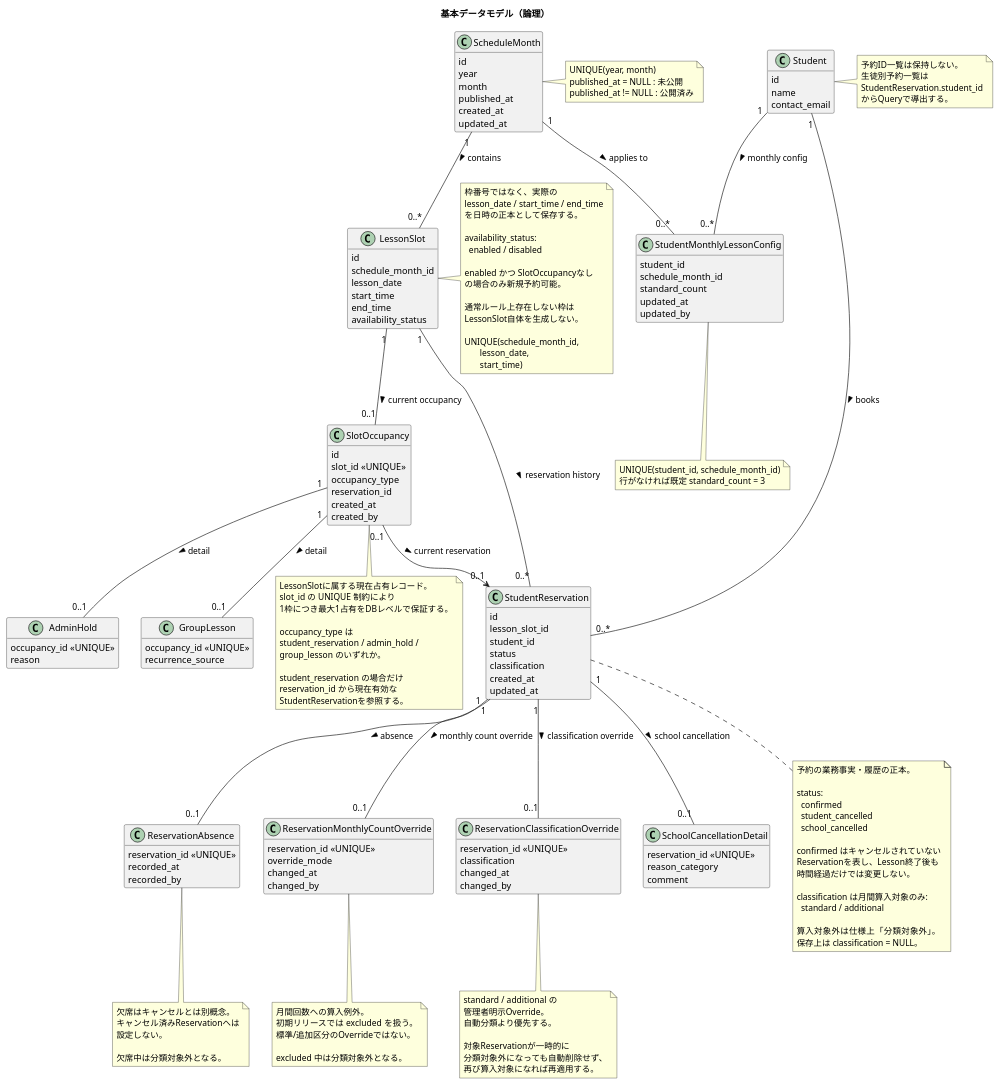
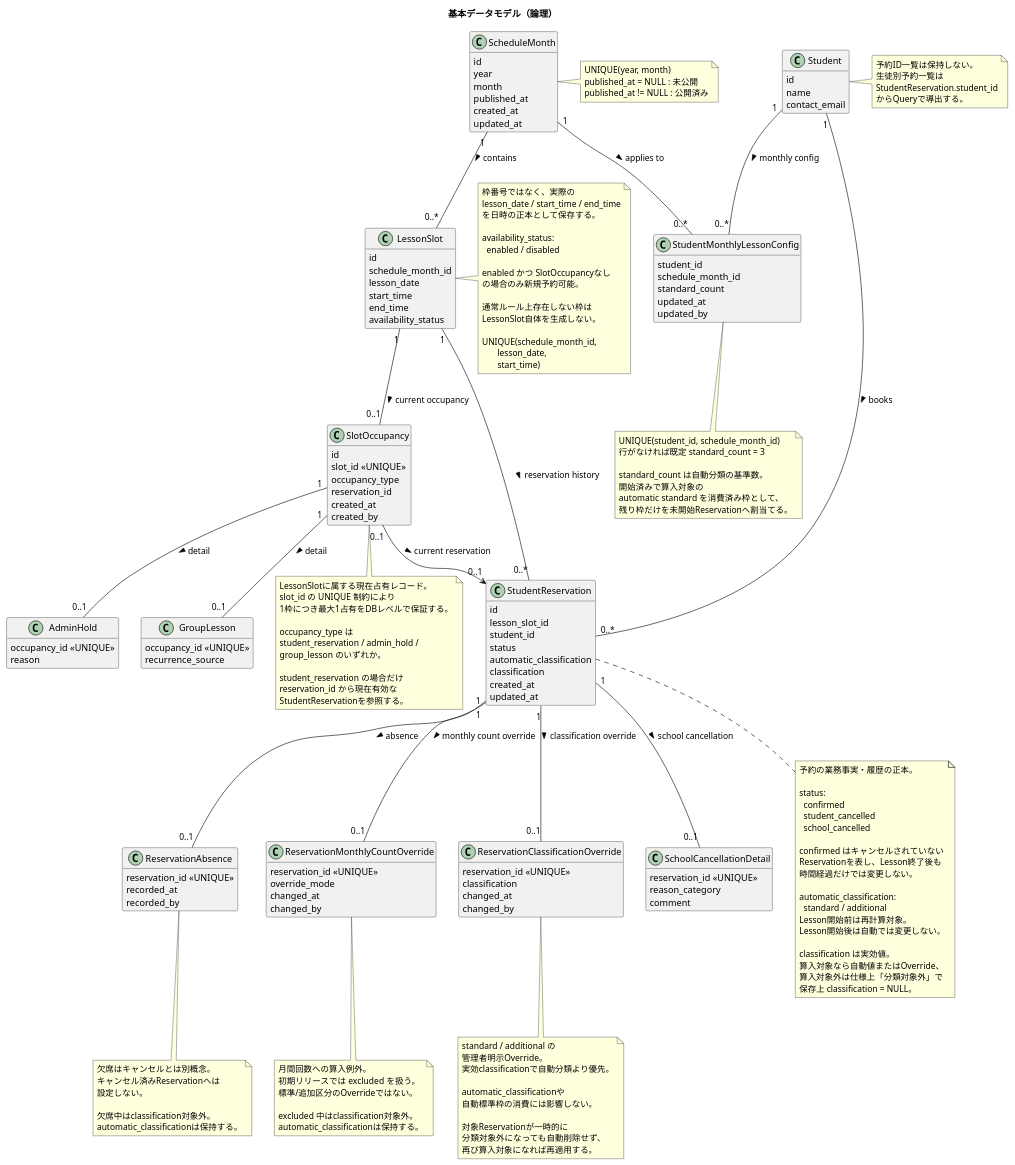
The diagram in docs/diagrams/plantuml/data-model-overview.puml (suzukure/nssscdl), drawn with PlantUML before and after one commit.

Commit message:
Show automatic classification in logical model

```diff
--- a/docs/diagrams/plantuml/data-model-overview.puml
+++ b/docs/diagrams/plantuml/data-model-overview.puml
@@ -34,6 +34,7 @@
   lesson_slot_id
   student_id
   status
+  automatic_classification
   classification
   created_at
   updated_at
@@ -152,11 +153,15 @@
   Reservationを表し、Lesson終了後も
   時間経過だけでは変更しない。
 
-  classification は月間算入対象のみ:
+  automatic_classification:
     standard / additional
+  Lesson開始前は再計算対象。
+  Lesson開始後は自動では変更しない。
 
-  算入対象外は仕様上「分類対象外」。
-  保存上は classification = NULL。
+  classification は実効値。
+  算入対象なら自動値またはOverride、
+  算入対象外は仕様上「分類対象外」で
+  保存上 classification = NULL。
 end note
 
 note bottom of ReservationAbsence
@@ -164,7 +169,8 @@
   キャンセル済みReservationへは
   設定しない。
 
-  欠席中は分類対象外となる。
+  欠席中はclassification対象外。
+  automatic_classificationは保持する。
 end note
 
 note bottom of ReservationMonthlyCountOverride
@@ -172,13 +178,17 @@
   初期リリースでは excluded を扱う。
   標準/追加区分のOverrideではない。
 
-  excluded 中は分類対象外となる。
+  excluded 中はclassification対象外。
+  automatic_classificationは保持する。
 end note
 
 note bottom of ReservationClassificationOverride
   standard / additional の
   管理者明示Override。
-  自動分類より優先する。
+  実効classificationで自動分類より優先。
+
+  automatic_classificationや
+  自動標準枠の消費には影響しない。
 
   対象Reservationが一時的に
   分類対象外になっても自動削除せず、
@@ -188,6 +198,11 @@
 note bottom of StudentMonthlyLessonConfig
   UNIQUE(student_id, schedule_month_id)
   行がなければ既定 standard_count = 3
+
+  standard_count は自動分類の基準数。
+  開始済みで算入対象の
+  automatic standard を消費済み枠として、
+  残り枠だけを未開始Reservationへ割当てる。
 end note
 
 note bottom of SlotOccupancy
```
